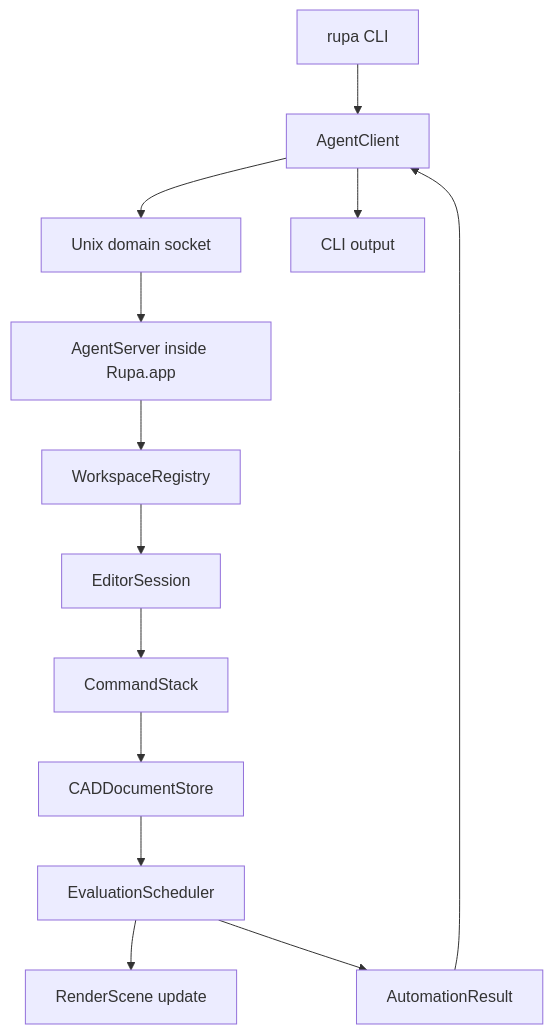
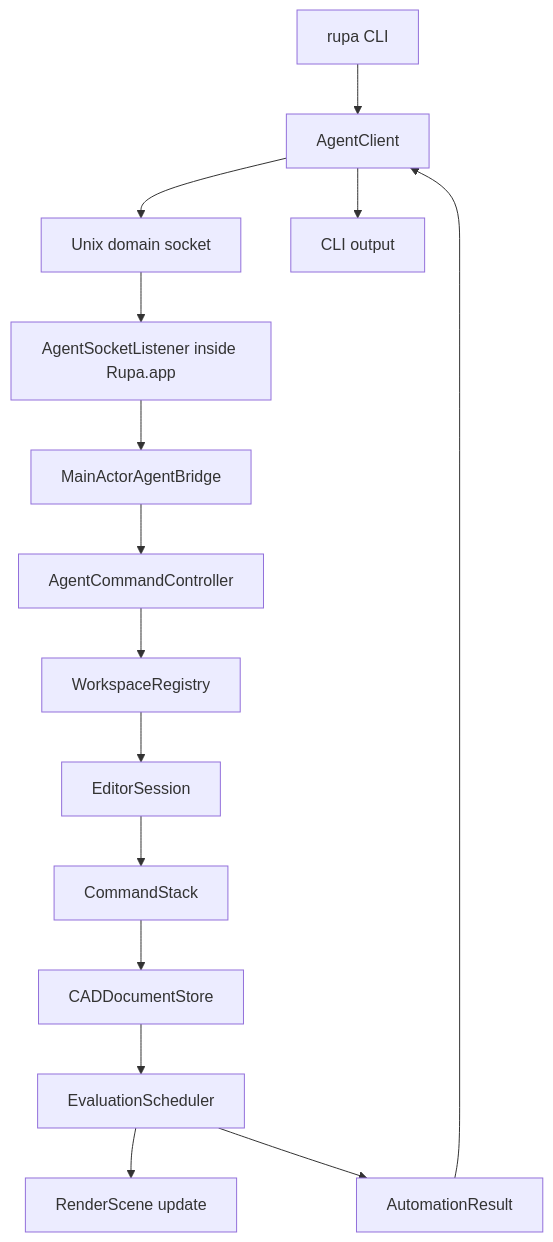
One commit to 1amageek/Rupa changed diagram 23 of 25 in Rupa/SPEC.md. Above: the diagram before and after it, drawn with Mermaid. The commit also changed other lines of this file and 10 other files, not shown here.

Commit message:
Rename agent command controller boundary

````diff
--- a/Rupa/SPEC.md
+++ b/Rupa/SPEC.md
@@ -1053,15 +1053,17 @@
 ```mermaid
 flowchart TD
     CLI["rupa CLI"] --> Client["AgentClient"]
     Client --> IPC["Unix domain socket"]
-    IPC --> Server["AgentServer inside Rupa.app"]
-    Server --> Registry["WorkspaceRegistry"]
+    IPC --> Listener["AgentSocketListener inside Rupa.app"]
+    Listener --> Bridge["MainActorAgentBridge"]
+    Bridge --> Controller["AgentCommandController"]
+    Controller --> Registry["WorkspaceRegistry"]
     Registry --> Session["EditorSession"]
     Session --> Stack["CommandStack"]
     Stack --> Store["CADDocumentStore"]
     Store --> Eval["EvaluationScheduler"]
     Eval --> Render["RenderScene update"]
     Eval --> Result["AutomationResult"]
     Result --> Client
     Client --> Output["CLI output"]
 ```
````
